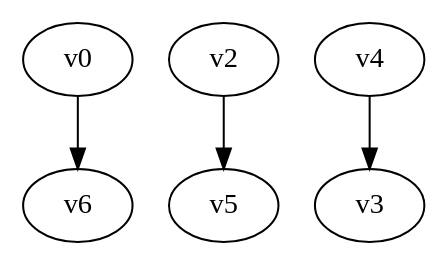
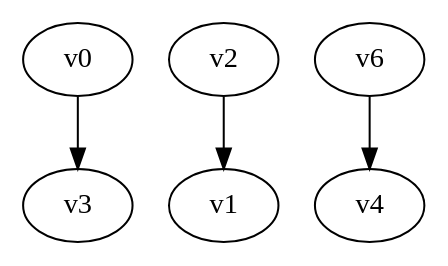
The diagram in digraph.dot (yadej/graph_project), drawn with Graphviz before and after one commit. The commit also changed 2 other files, not shown here.

```diff
--- a/digraph.dot
+++ b/digraph.dot
@@ -1,5 +1,5 @@
 digraph G { 
-v0 -> v6;
-v2 -> v5;
-v4 -> v3;
+v0 -> v3;
+v2 -> v1;
+v6 -> v4;
 }
```
